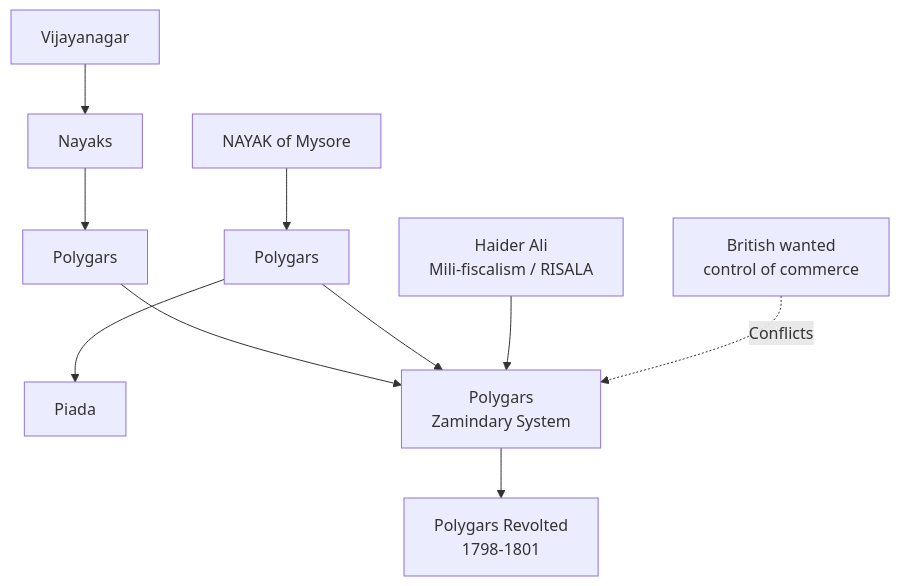
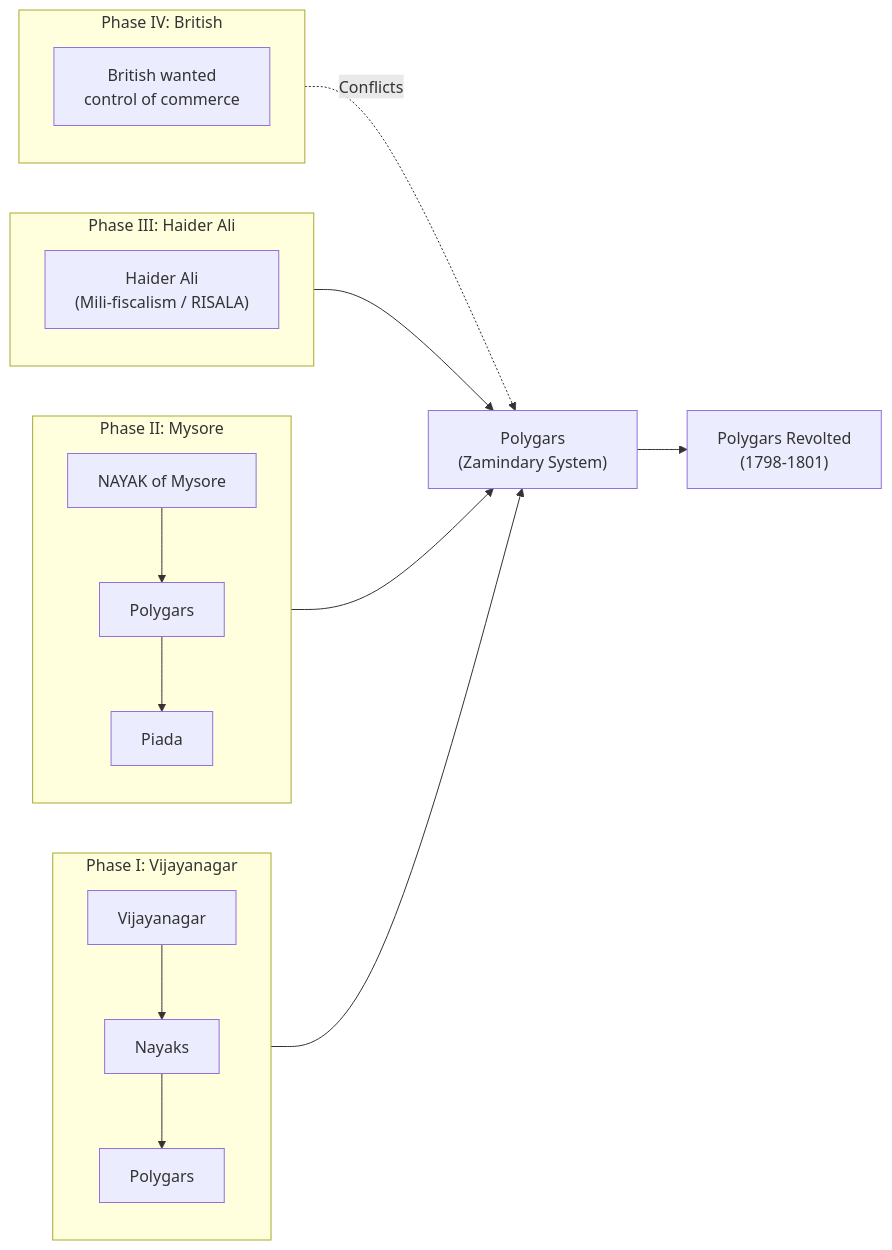
One commit to niteeshkumar17/vr_notes changed the diagram in GS_History_VR_Notes/Early_Modern_India.md. Above: the diagram before and after it, drawn with Mermaid.

Commit message:
Fix Mermaid diagram parsing errors

````diff
--- a/GS_History_VR_Notes/Early_Modern_India.md
+++ b/GS_History_VR_Notes/Early_Modern_India.md
@@ -194,20 +194,30 @@
 ```mermaid
-flowchart TD
-    %% Phase I & II
-    VN[Vijayanagar] --> N1[Nayaks]
-    N1 --> P1[Polygars]
+flowchart LR
+    subgraph I [Phase I: Vijayanagar]
+        direction TB
+        VN["Vijayanagar"] --> N1["Nayaks"] --> P1["Polygars"]
+    end
     
-    NM[NAYAK of Mysore] --> P2[Polygars]
-    P2 --> Piada[Piada]
+    subgraph II [Phase II: Mysore]
+        direction TB
+        NM["NAYAK of Mysore"] --> P2["Polygars"] --> Piada["Piada"]
+    end
     
+    subgraph III [Phase III: Haider Ali]
+        direction TB
+        H["Haider Ali<br>(Mili-fiscalism / RISALA)"]
+    end
+    
+    subgraph IV [Phase IV: British]
+        direction TB
+        B1["British wanted<br>control of commerce"]
+    end
+
     %% Convergence to Zamindary System
-    P1 --> P3[Polygars\nZamindary System]
+    P1 --> P3["Polygars<br>(Zamindary System)"]
     P2 --> P3
+    H --> P3
+    B1 -.->|"Conflicts"| P3
     
-    %% Phase III & IV
-    H[Haider Ali\nMili-fiscalism / RISALA] --> P3
-    B1[British wanted\ncontrol of commerce] -.->|Conflicts| P3
-    
-    %% Revolt
-    P3 --> R[Polygars Revolted\n1798-1801]
+    P3 --> R["Polygars Revolted<br>(1798-1801)"]
 ```
````
